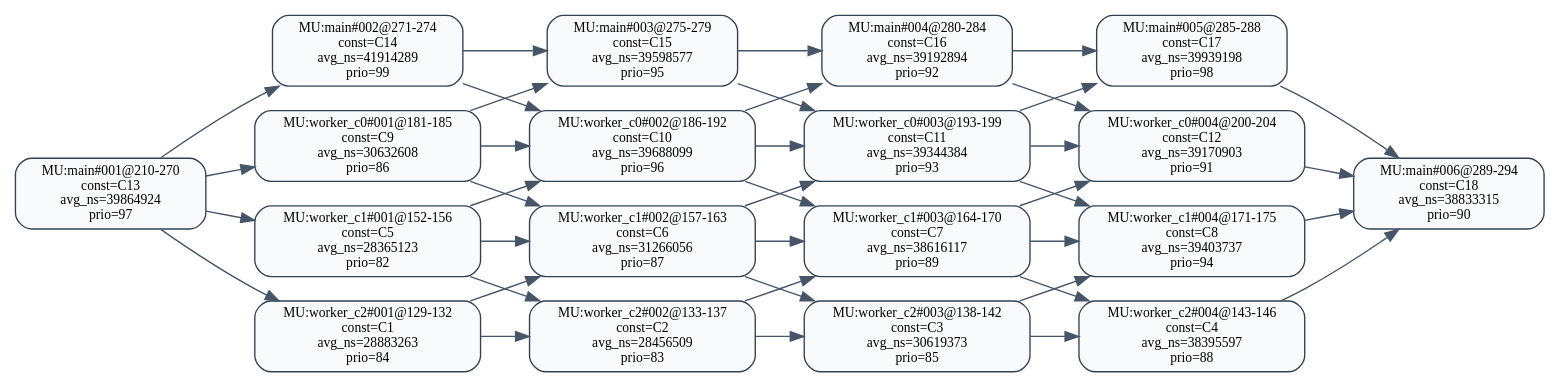
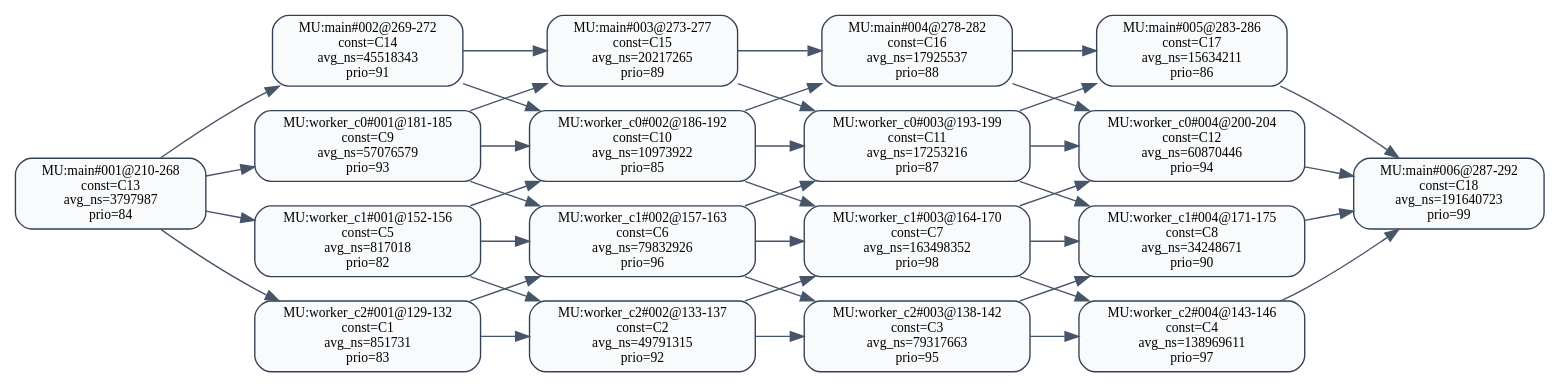
Before and after one commit to RTS-SYSU/DAG-Gen: the diagram in 中间结果/zhang3/pipeline/validation/level2/effective_line_merge/wcet_first/dag_seg_annotated.dot, drawn with Graphviz. The commit also changed 1980 other files, not shown here.

```diff
--- a/中间结果/zhang3/pipeline/validation/level2/effective_line_merge/wcet_first/dag_seg_annotated.dot
+++ b/中间结果/zhang3/pipeline/validation/level2/effective_line_merge/wcet_first/dag_seg_annotated.dot
@@ -1,61 +1,61 @@
 digraph dag_seg_annotated {
   rankdir=LR;
   node [shape=box, style="rounded,filled", fillcolor="#F8FAFC", color="#334155", fontsize=10];
   edge [color="#475569"];
-  "MU:main#001@210-270" [label="MU:main#001@210-270\nconst=C13\navg_ns=39864924\nprio=97"];
-  "MU:main#002@271-274" [label="MU:main#002@271-274\nconst=C14\navg_ns=41914289\nprio=99"];
-  "MU:main#003@275-279" [label="MU:main#003@275-279\nconst=C15\navg_ns=39598577\nprio=95"];
-  "MU:main#004@280-284" [label="MU:main#004@280-284\nconst=C16\navg_ns=39192894\nprio=92"];
-  "MU:main#005@285-288" [label="MU:main#005@285-288\nconst=C17\navg_ns=39939198\nprio=98"];
-  "MU:main#006@289-294" [label="MU:main#006@289-294\nconst=C18\navg_ns=38833315\nprio=90"];
-  "MU:worker_c0#001@181-185" [label="MU:worker_c0#001@181-185\nconst=C9\navg_ns=30632608\nprio=86"];
-  "MU:worker_c0#002@186-192" [label="MU:worker_c0#002@186-192\nconst=C10\navg_ns=39688099\nprio=96"];
-  "MU:worker_c0#003@193-199" [label="MU:worker_c0#003@193-199\nconst=C11\navg_ns=39344384\nprio=93"];
-  "MU:worker_c0#004@200-204" [label="MU:worker_c0#004@200-204\nconst=C12\navg_ns=39170903\nprio=91"];
-  "MU:worker_c1#001@152-156" [label="MU:worker_c1#001@152-156\nconst=C5\navg_ns=28365123\nprio=82"];
-  "MU:worker_c1#002@157-163" [label="MU:worker_c1#002@157-163\nconst=C6\navg_ns=31266056\nprio=87"];
-  "MU:worker_c1#003@164-170" [label="MU:worker_c1#003@164-170\nconst=C7\navg_ns=38616117\nprio=89"];
-  "MU:worker_c1#004@171-175" [label="MU:worker_c1#004@171-175\nconst=C8\navg_ns=39403737\nprio=94"];
-  "MU:worker_c2#001@129-132" [label="MU:worker_c2#001@129-132\nconst=C1\navg_ns=28883263\nprio=84"];
-  "MU:worker_c2#002@133-137" [label="MU:worker_c2#002@133-137\nconst=C2\navg_ns=28456509\nprio=83"];
-  "MU:worker_c2#003@138-142" [label="MU:worker_c2#003@138-142\nconst=C3\navg_ns=30619373\nprio=85"];
-  "MU:worker_c2#004@143-146" [label="MU:worker_c2#004@143-146\nconst=C4\navg_ns=38395597\nprio=88"];
+  "MU:main#001@210-268" [label="MU:main#001@210-268\nconst=C13\navg_ns=3797987\nprio=84"];
+  "MU:main#002@269-272" [label="MU:main#002@269-272\nconst=C14\navg_ns=45518343\nprio=91"];
+  "MU:main#003@273-277" [label="MU:main#003@273-277\nconst=C15\navg_ns=20217265\nprio=89"];
+  "MU:main#004@278-282" [label="MU:main#004@278-282\nconst=C16\navg_ns=17925537\nprio=88"];
+  "MU:main#005@283-286" [label="MU:main#005@283-286\nconst=C17\navg_ns=15634211\nprio=86"];
+  "MU:main#006@287-292" [label="MU:main#006@287-292\nconst=C18\navg_ns=191640723\nprio=99"];
+  "MU:worker_c0#001@181-185" [label="MU:worker_c0#001@181-185\nconst=C9\navg_ns=57076579\nprio=93"];
+  "MU:worker_c0#002@186-192" [label="MU:worker_c0#002@186-192\nconst=C10\navg_ns=10973922\nprio=85"];
+  "MU:worker_c0#003@193-199" [label="MU:worker_c0#003@193-199\nconst=C11\navg_ns=17253216\nprio=87"];
+  "MU:worker_c0#004@200-204" [label="MU:worker_c0#004@200-204\nconst=C12\navg_ns=60870446\nprio=94"];
+  "MU:worker_c1#001@152-156" [label="MU:worker_c1#001@152-156\nconst=C5\navg_ns=817018\nprio=82"];
+  "MU:worker_c1#002@157-163" [label="MU:worker_c1#002@157-163\nconst=C6\navg_ns=79832926\nprio=96"];
+  "MU:worker_c1#003@164-170" [label="MU:worker_c1#003@164-170\nconst=C7\navg_ns=163498352\nprio=98"];
+  "MU:worker_c1#004@171-175" [label="MU:worker_c1#004@171-175\nconst=C8\navg_ns=34248671\nprio=90"];
+  "MU:worker_c2#001@129-132" [label="MU:worker_c2#001@129-132\nconst=C1\navg_ns=851731\nprio=83"];
+  "MU:worker_c2#002@133-137" [label="MU:worker_c2#002@133-137\nconst=C2\navg_ns=49791315\nprio=92"];
+  "MU:worker_c2#003@138-142" [label="MU:worker_c2#003@138-142\nconst=C3\navg_ns=79317663\nprio=95"];
+  "MU:worker_c2#004@143-146" [label="MU:worker_c2#004@143-146\nconst=C4\navg_ns=138969611\nprio=97"];
   "MU:worker_c2#001@129-132" -> "MU:worker_c2#002@133-137";
   "MU:worker_c2#002@133-137" -> "MU:worker_c2#003@138-142";
   "MU:worker_c2#003@138-142" -> "MU:worker_c2#004@143-146";
   "MU:worker_c1#001@152-156" -> "MU:worker_c1#002@157-163";
   "MU:worker_c1#002@157-163" -> "MU:worker_c1#003@164-170";
   "MU:worker_c1#003@164-170" -> "MU:worker_c1#004@171-175";
   "MU:worker_c0#001@181-185" -> "MU:worker_c0#002@186-192";
   "MU:worker_c0#002@186-192" -> "MU:worker_c0#003@193-199";
   "MU:worker_c0#003@193-199" -> "MU:worker_c0#004@200-204";
-  "MU:main#001@210-270" -> "MU:main#002@271-274";
-  "MU:main#002@271-274" -> "MU:main#003@275-279";
-  "MU:main#003@275-279" -> "MU:main#004@280-284";
-  "MU:main#004@280-284" -> "MU:main#005@285-288";
-  "MU:main#005@285-288" -> "MU:main#006@289-294";
-  "MU:main#001@210-270" -> "MU:worker_c0#001@181-185";
-  "MU:main#001@210-270" -> "MU:worker_c1#001@152-156";
-  "MU:main#001@210-270" -> "MU:worker_c2#001@129-132";
-  "MU:worker_c0#004@200-204" -> "MU:main#006@289-294";
-  "MU:worker_c1#004@171-175" -> "MU:main#006@289-294";
-  "MU:worker_c2#004@143-146" -> "MU:main#006@289-294";
+  "MU:main#001@210-268" -> "MU:main#002@269-272";
+  "MU:main#002@269-272" -> "MU:main#003@273-277";
+  "MU:main#003@273-277" -> "MU:main#004@278-282";
+  "MU:main#004@278-282" -> "MU:main#005@283-286";
+  "MU:main#005@283-286" -> "MU:main#006@287-292";
+  "MU:main#001@210-268" -> "MU:worker_c0#001@181-185";
+  "MU:main#001@210-268" -> "MU:worker_c1#001@152-156";
+  "MU:main#001@210-268" -> "MU:worker_c2#001@129-132";
+  "MU:worker_c0#004@200-204" -> "MU:main#006@287-292";
+  "MU:worker_c1#004@171-175" -> "MU:main#006@287-292";
+  "MU:worker_c2#004@143-146" -> "MU:main#006@287-292";
   "MU:worker_c2#001@129-132" -> "MU:worker_c1#002@157-163";
   "MU:worker_c1#001@152-156" -> "MU:worker_c2#002@133-137";
   "MU:worker_c2#002@133-137" -> "MU:worker_c1#003@164-170";
   "MU:worker_c1#002@157-163" -> "MU:worker_c2#003@138-142";
   "MU:worker_c2#003@138-142" -> "MU:worker_c1#004@171-175";
   "MU:worker_c1#003@164-170" -> "MU:worker_c2#004@143-146";
   "MU:worker_c1#001@152-156" -> "MU:worker_c0#002@186-192";
   "MU:worker_c0#001@181-185" -> "MU:worker_c1#002@157-163";
   "MU:worker_c1#002@157-163" -> "MU:worker_c0#003@193-199";
   "MU:worker_c0#002@186-192" -> "MU:worker_c1#003@164-170";
   "MU:worker_c1#003@164-170" -> "MU:worker_c0#004@200-204";
   "MU:worker_c0#003@193-199" -> "MU:worker_c1#004@171-175";
-  "MU:worker_c0#001@181-185" -> "MU:main#003@275-279";
-  "MU:main#002@271-274" -> "MU:worker_c0#002@186-192";
-  "MU:worker_c0#002@186-192" -> "MU:main#004@280-284";
-  "MU:main#003@275-279" -> "MU:worker_c0#003@193-199";
-  "MU:worker_c0#003@193-199" -> "MU:main#005@285-288";
-  "MU:main#004@280-284" -> "MU:worker_c0#004@200-204";
+  "MU:worker_c0#001@181-185" -> "MU:main#003@273-277";
+  "MU:main#002@269-272" -> "MU:worker_c0#002@186-192";
+  "MU:worker_c0#002@186-192" -> "MU:main#004@278-282";
+  "MU:main#003@273-277" -> "MU:worker_c0#003@193-199";
+  "MU:worker_c0#003@193-199" -> "MU:main#005@283-286";
+  "MU:main#004@278-282" -> "MU:worker_c0#004@200-204";
 }
```
